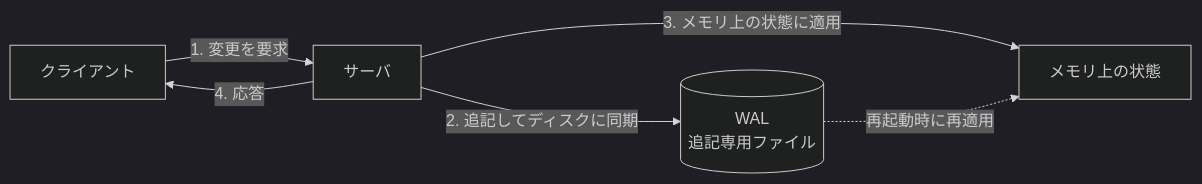
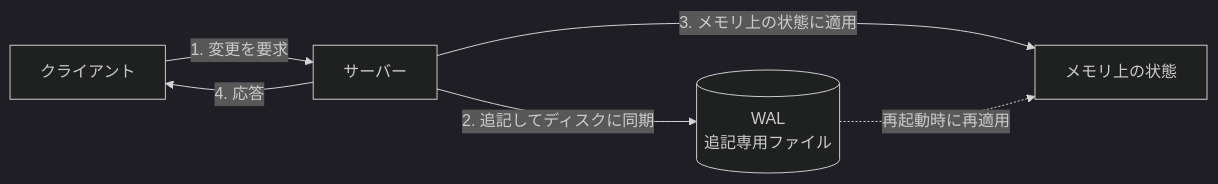
Before and after one commit to nao1215/debimate: the first of 5 diagrams in content/notes/distributed-systems/write-ahead-log/index.md, drawn with Mermaid (dark theme). The commit also changed other lines of this file and 56 other files, not shown here.

````diff
--- a/content/notes/distributed-systems/write-ahead-log/index.md
+++ b/content/notes/distributed-systems/write-ahead-log/index.md
@@ -16,8 +16,8 @@
 ```mermaid
 flowchart LR
-    C["クライアント"] -->|"1. 変更を要求"| S["サーバ"]
+    C["クライアント"] -->|"1. 変更を要求"| S["サーバー"]
     S -->|"2. 追記してディスクに同期"| W[("WAL<br/>追記専用ファイル")]
     S -->|"3. メモリ上の状態に適用"| M["メモリ上の状態"]
     S -->|"4. 応答"| C
     W -.->|"再起動時に再適用"| M
 ```
````
